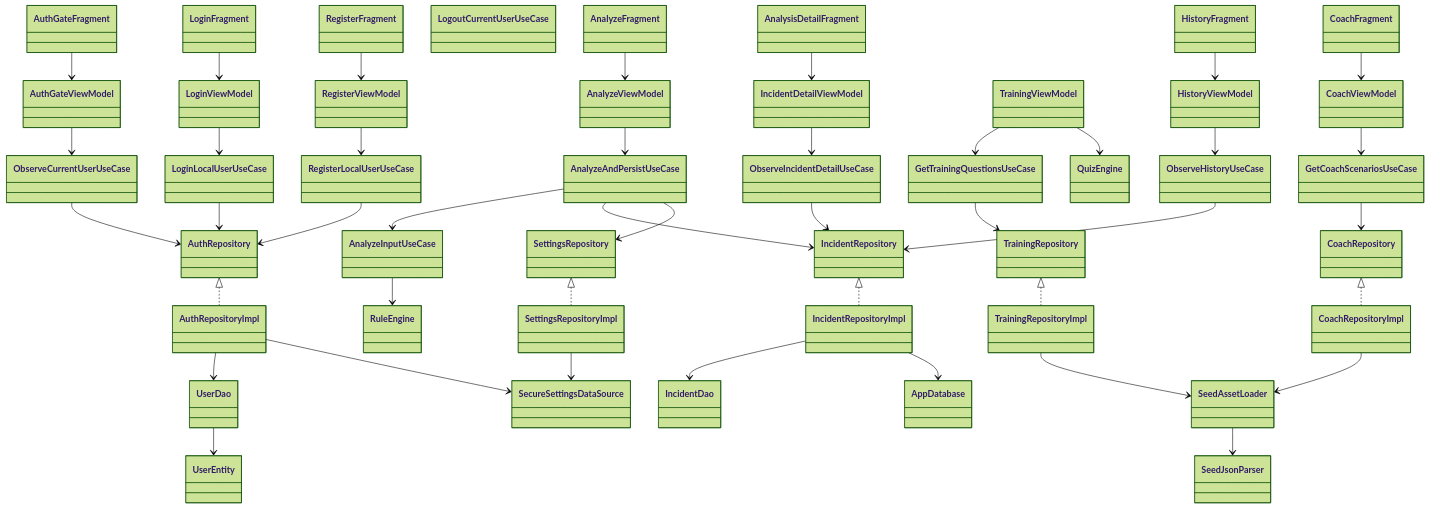
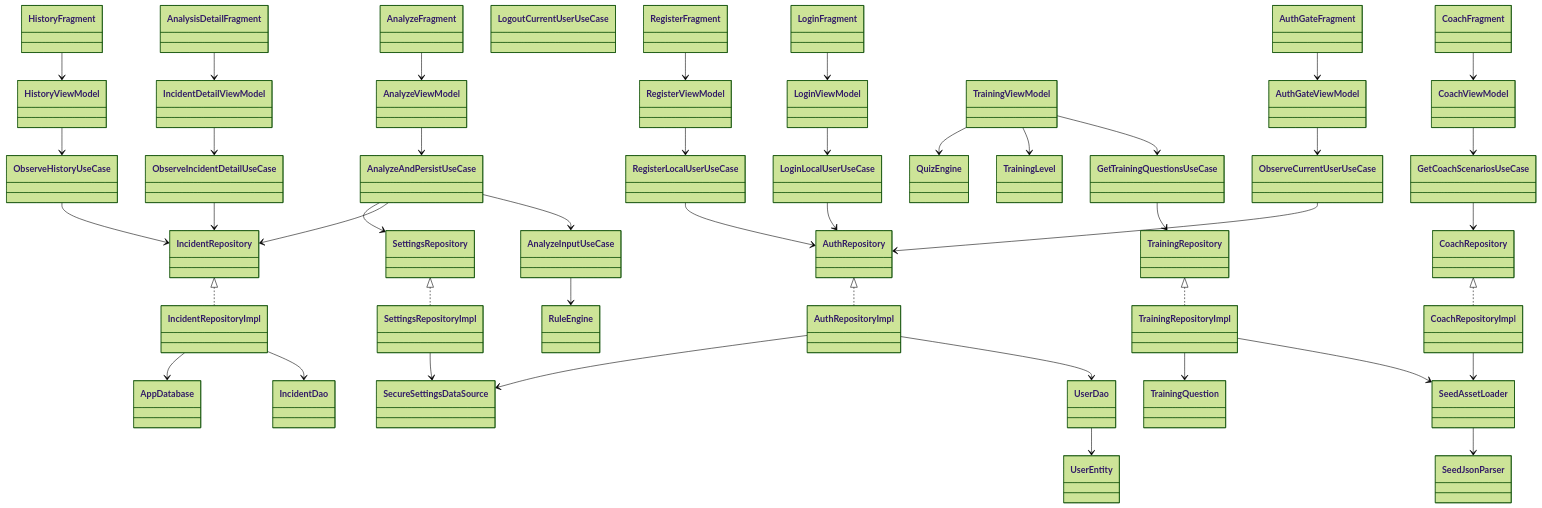
One commit to estefaniajm94/Proyecto-final changed the diagram in docs/Diagrama_Clases.md. Above: the diagram before and after it, drawn with Mermaid (forest theme). The commit also changed 24 other files, not shown here.

Commit message:
Add level-based training quiz flow

```diff
--- a/docs/Diagrama_Clases.md
+++ b/docs/Diagrama_Clases.md
@@ -40,6 +40,8 @@
     class GetTrainingQuestionsUseCase
     class TrainingRepository
     class TrainingRepositoryImpl
+    class TrainingLevel
+    class TrainingQuestion
     class QuizEngine
     class AnalysisDetailFragment
     class IncidentDetailViewModel
@@ -85,6 +87,8 @@
     GetTrainingQuestionsUseCase --> TrainingRepository
     TrainingRepository <|.. TrainingRepositoryImpl
     TrainingRepositoryImpl --> SeedAssetLoader
+    TrainingViewModel --> TrainingLevel
+    TrainingRepositoryImpl --> TrainingQuestion
     TrainingViewModel --> QuizEngine
 
     AnalysisDetailFragment --> IncidentDetailViewModel
```
